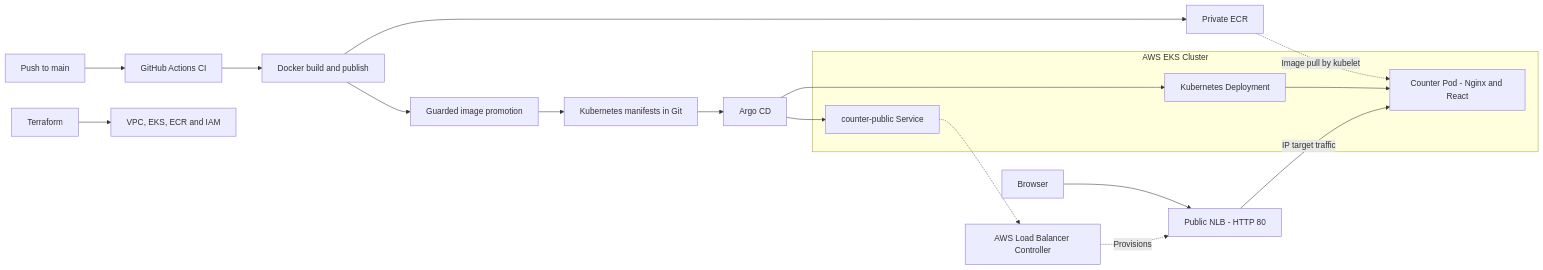
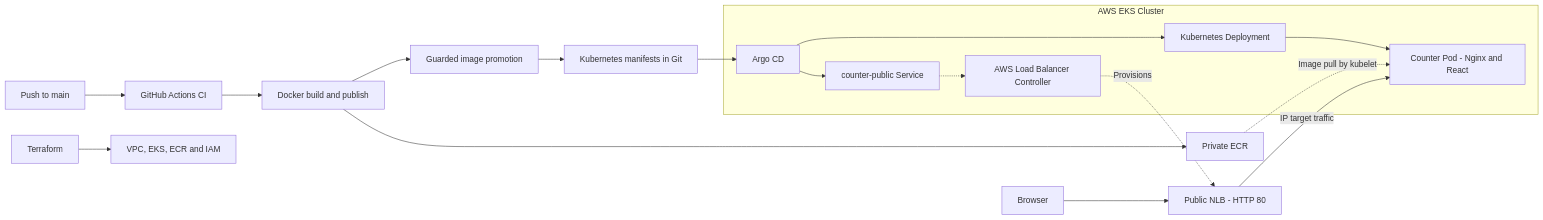
The diagram in README.md (ashin02/cloud-deployment), drawn with Mermaid before and after one commit. The commit also changed other lines of this file, not shown here.

Commit message:
fixed mermaid again

````diff
--- a/README.md
+++ b/README.md
@@ -18,27 +18,31 @@
 ```mermaid
 flowchart LR
-    Push[Push to main] --> CI[GitHub Actions CI]
-    CI --> Build[Docker build and publish]
+    Push["Push to main"] --> CI["GitHub Actions CI"]
+    CI --> Build["Docker build and publish"]
 
-    Build --> ECR[Private ECR]
-    Build --> Promotion[Guarded image promotion]
-    Promotion --> Git[Kubernetes manifests in Git]
-    Git --> Argo[Argo CD]
+    Build --> ECR["Private ECR"]
+    Build --> Promotion["Guarded image promotion"]
+    Promotion --> Git["Kubernetes manifests in Git"]
 
-    subgraph EKS[AWS EKS Cluster]
-        Deployment[Kubernetes Deployment] --> Pod[Counter Pod - Nginx and React]
-        Service[counter-public Service]
+    subgraph EKS["AWS EKS Cluster"]
+        Argo["Argo CD"]
+        Deployment["Kubernetes Deployment"]
+        Pod["Counter Pod - Nginx and React"]
+        Service["counter-public Service"]
+        Controller["AWS Load Balancer Controller"]
+
+        Argo --> Deployment
+        Argo --> Service
+        Deployment --> Pod
+        Service -.-> Controller
     end
 
-    Argo --> Deployment
-    Argo --> Service
-    ECR -.->|Image pull by kubelet| Pod
+    Git --> Argo
+    ECR -.->|"Image pull by kubelet"| Pod
 
-    Service -.-> Controller[AWS Load Balancer Controller]
-    Controller -.->|Provisions| NLB[Public NLB - HTTP 80]
+    Controller -.->|"Provisions"| NLB["Public NLB - HTTP 80"]
+    Browser["Browser"] --> NLB
+    NLB -->|"IP target traffic"| Pod
 
-    Browser[Browser] --> NLB
-    NLB -->|IP target traffic| Pod
-
-    TF[Terraform] --> AWS[VPC, EKS, ECR and IAM]
+    TF["Terraform"] --> AWS["VPC, EKS, ECR and IAM"]
 ```
````
